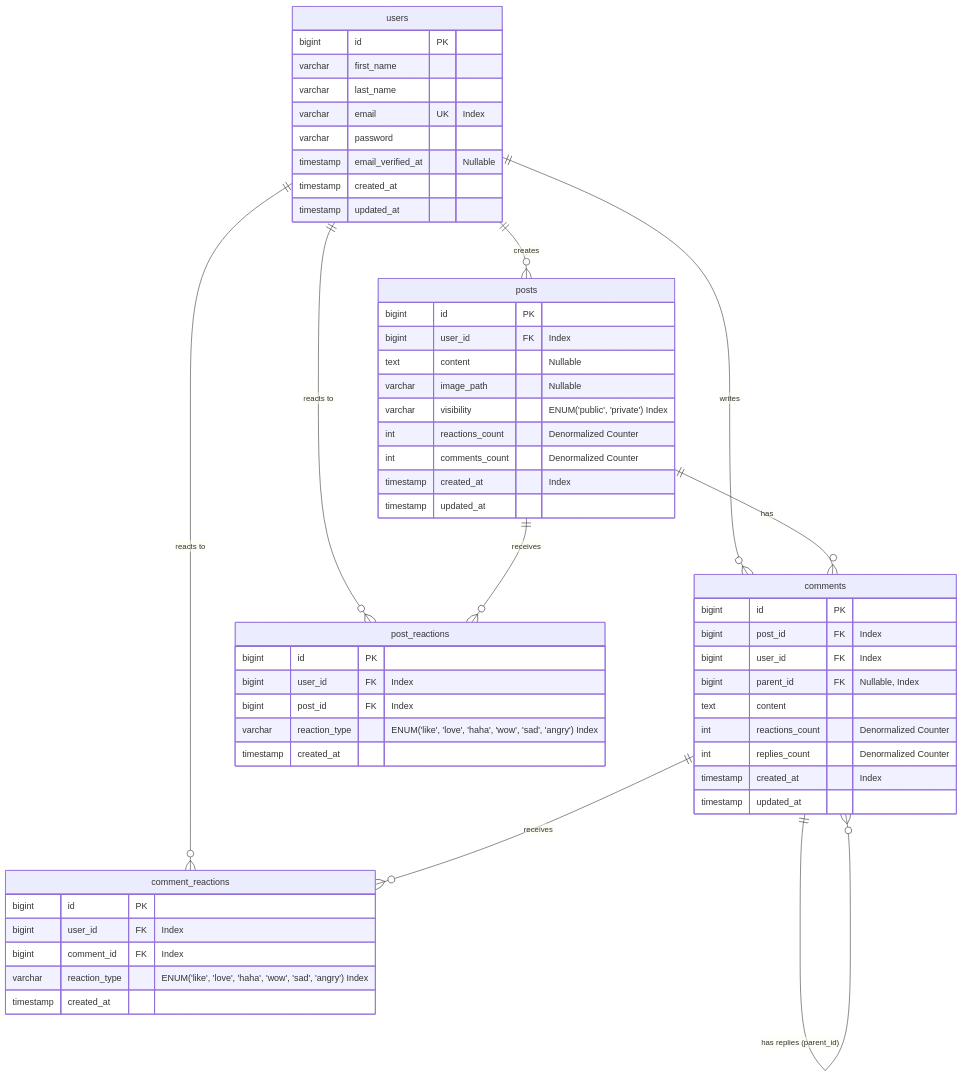
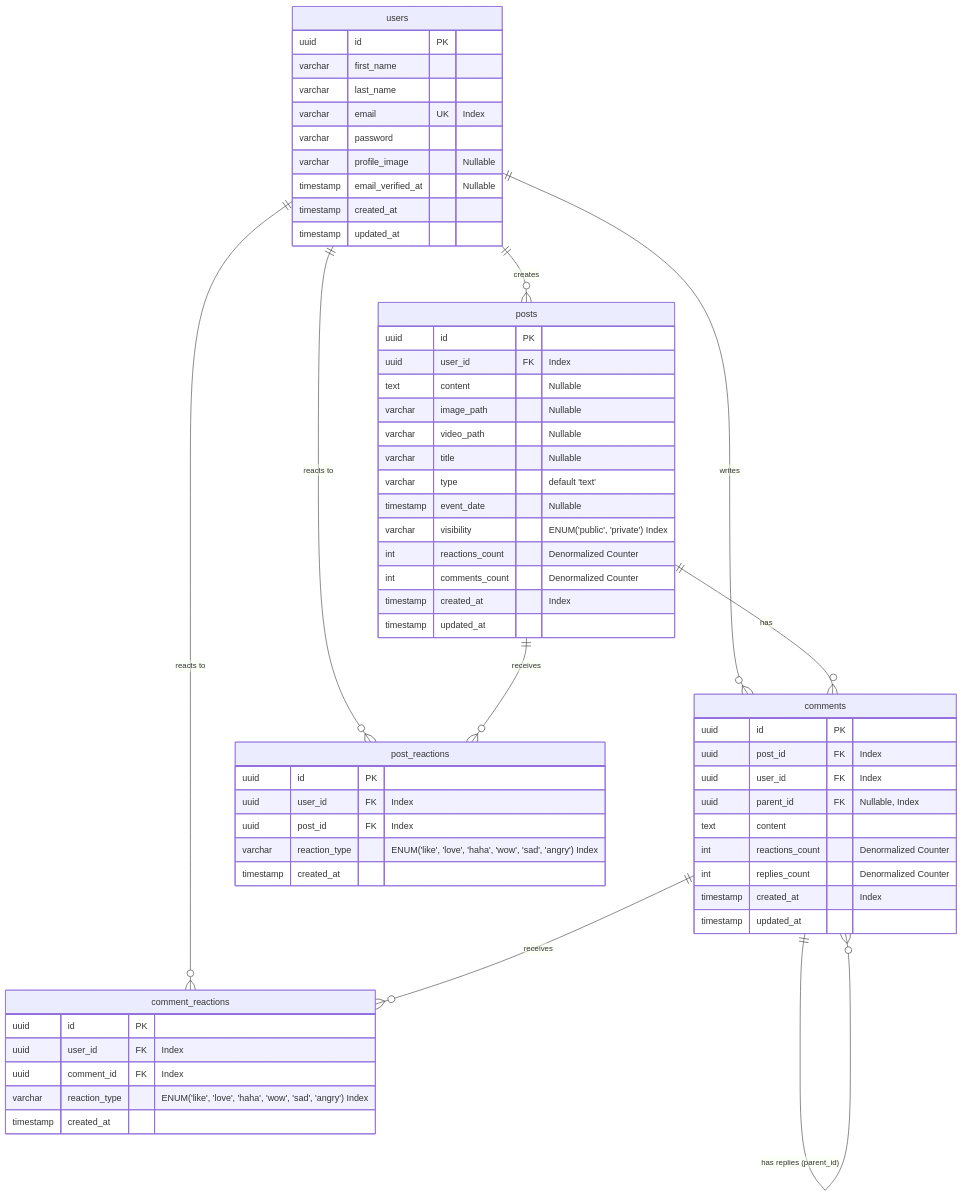
Before and after one commit to masumbillah21/buddy-script-backend: the diagram in docs/data_model_and_erd.md, drawn with Mermaid. The commit also changed other lines of this file, not shown here.

Commit message:
refactor: migrate database schema to UUIDs and expand post model fields and indexing strategies

````diff
--- a/docs/data_model_and_erd.md
+++ b/docs/data_model_and_erd.md
@@ -11,62 +11,67 @@
 ```mermaid
 erDiagram
     users ||--o{ posts : "creates"
     users ||--o{ comments : "writes"
     users ||--o{ post_reactions : "reacts to"
     users ||--o{ comment_reactions : "reacts to"
     posts ||--o{ comments : "has"
     posts ||--o{ post_reactions : "receives"
     comments ||--o{ comments : "has replies (parent_id)"
     comments ||--o{ comment_reactions : "receives"
 
     users {
-        bigint id PK
+        uuid id PK
         varchar first_name
         varchar last_name
         varchar email UK "Index"
         varchar password
+        varchar profile_image "Nullable"
         timestamp email_verified_at "Nullable"
         timestamp created_at
         timestamp updated_at
     }
 
     posts {
-        bigint id PK
-        bigint user_id FK "Index"
+        uuid id PK
+        uuid user_id FK "Index"
         text content "Nullable"
         varchar image_path "Nullable"
+        varchar video_path "Nullable"
+        varchar title "Nullable"
+        varchar type "default 'text'"
+        timestamp event_date "Nullable"
         varchar visibility "ENUM('public', 'private') Index"
         int reactions_count "Denormalized Counter"
         int comments_count "Denormalized Counter"
         timestamp created_at "Index"
         timestamp updated_at
     }
 
     comments {
-        bigint id PK
-        bigint post_id FK "Index"
-        bigint user_id FK "Index"
-        bigint parent_id FK "Nullable, Index"
+        uuid id PK
+        uuid post_id FK "Index"
+        uuid user_id FK "Index"
+        uuid parent_id FK "Nullable, Index"
         text content
         int reactions_count "Denormalized Counter"
         int replies_count "Denormalized Counter"
         timestamp created_at "Index"
         timestamp updated_at
     }
 
     post_reactions {
-        bigint id PK
-        bigint user_id FK "Index"
-        bigint post_id FK "Index"
+        uuid id PK
+        uuid user_id FK "Index"
+        uuid post_id FK "Index"
         varchar reaction_type "ENUM('like', 'love', 'haha', 'wow', 'sad', 'angry') Index"
         timestamp created_at
     }
 
     comment_reactions {
-        bigint id PK
-        bigint user_id FK "Index"
-        bigint comment_id FK "Index"
+        uuid id PK
+        uuid user_id FK "Index"
+        uuid comment_id FK "Index"
         varchar reaction_type "ENUM('like', 'love', 'haha', 'wow', 'sad', 'angry') Index"
         timestamp created_at
     }
 ```
````
